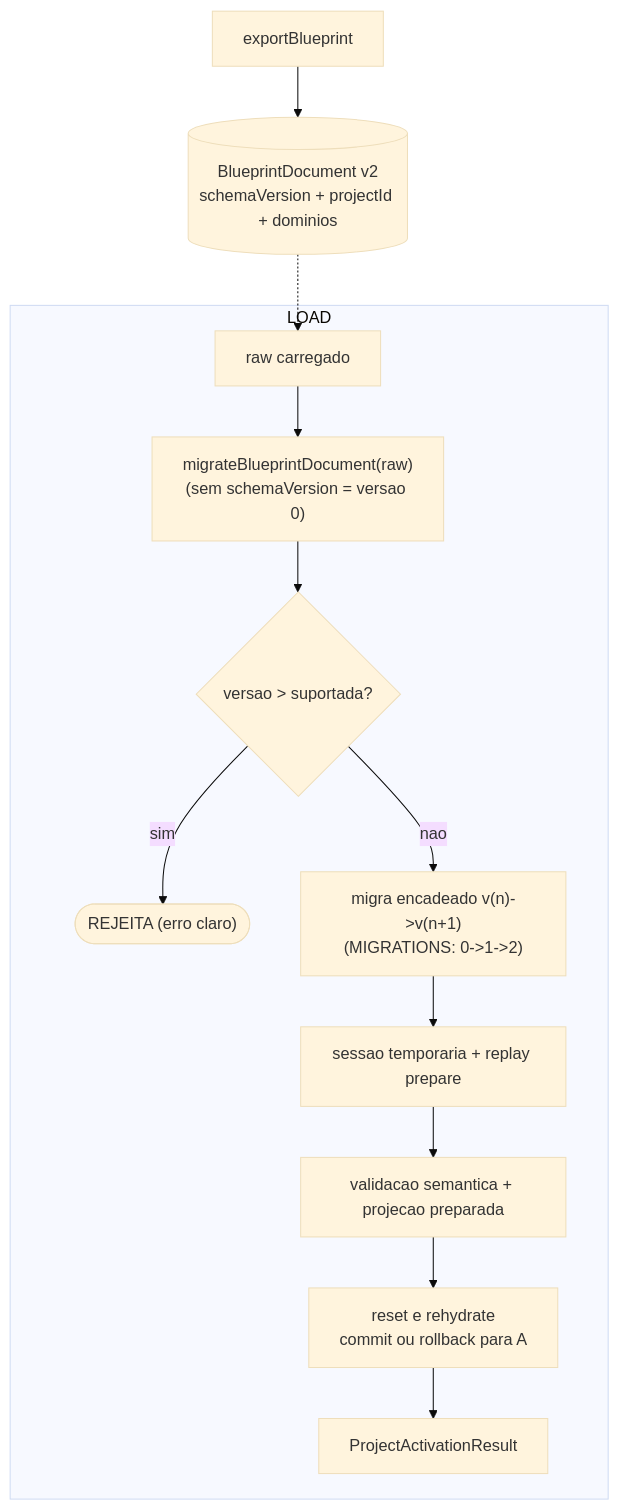
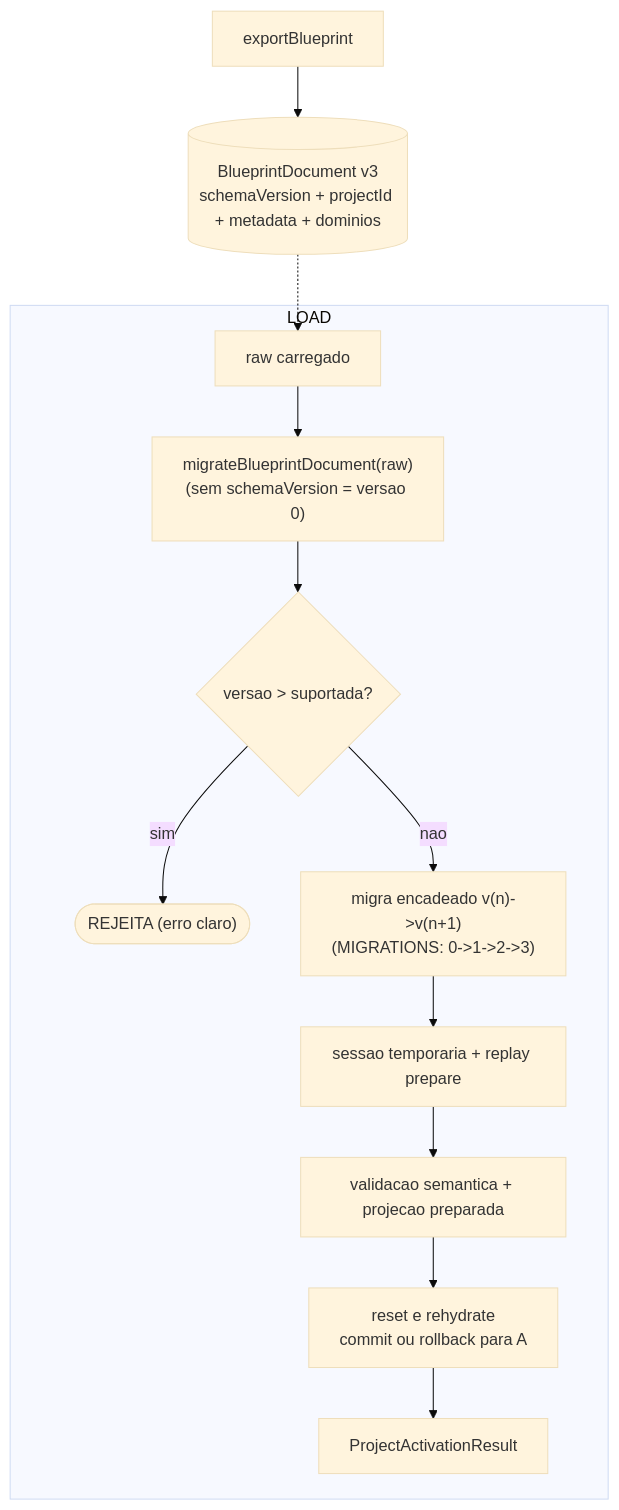
One commit to flaviotinococoutinho/Gridsmith changed the fourth of 8 diagrams in docs/ARCHITECTURE-SPEC.md. Above: the diagram before and after it, drawn with Mermaid (base theme). The commit also changed other lines of this file and 66 other files, not shown here.

````diff
--- a/docs/ARCHITECTURE-SPEC.md
+++ b/docs/ARCHITECTURE-SPEC.md
@@ -738,15 +745,15 @@
 ```mermaid
 graph TD
-  EXP["exportBlueprint"] --> DOC[("BlueprintDocument v2<br/>schemaVersion + projectId + dominios")]
+  EXP["exportBlueprint"] --> DOC[("BlueprintDocument v3<br/>schemaVersion + projectId + metadata + dominios")]
   DOC -.-> RAW["raw carregado"]
   subgraph LOAD["LOAD"]
     RAW --> MIG["migrateBlueprintDocument(raw)<br/>(sem schemaVersion = versao 0)"]
     MIG --> V{"versao > suportada?"}
     V -->|"sim"| REJ(["REJEITA (erro claro)"])
-    V -->|"nao"| CHAIN["migra encadeado v(n)->v(n+1)<br/>(MIGRATIONS: 0->1->2)"]
+    V -->|"nao"| CHAIN["migra encadeado v(n)->v(n+1)<br/>(MIGRATIONS: 0->1->2->3)"]
     CHAIN --> TMP["sessao temporaria + replay prepare"]
     TMP --> SEM["validacao semantica + projecao preparada"]
     SEM --> COMMIT["reset e rehydrate<br/>commit ou rollback para A"]
     COMMIT --> SUM["ProjectActivationResult"]
   end
 ```
````
